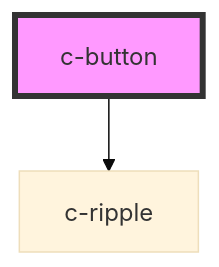
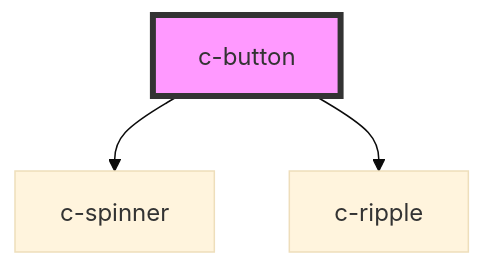
Before and after one commit to CSCfi/ui: the diagram in packages/csc-ui/src/components/c-button/readme.md, drawn with Mermaid (base theme). The commit also changed other lines of this file and 78 other files, not shown here.

````diff
--- a/packages/csc-ui/src/components/c-button/readme.md
+++ b/packages/csc-ui/src/components/c-button/readme.md
@@ -56,5 +56,6 @@
 ```mermaid
 graph TD;
+  c-button --> c-spinner
   c-button --> c-ripple
   style c-button fill:#f9f,stroke:#333,stroke-width:4px
 ```
````
